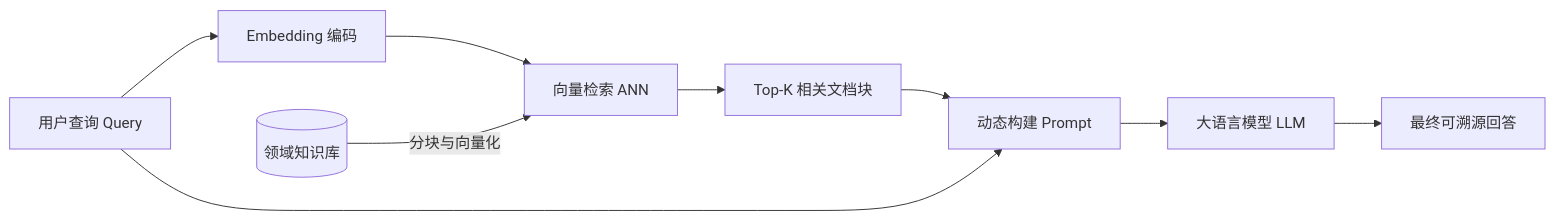
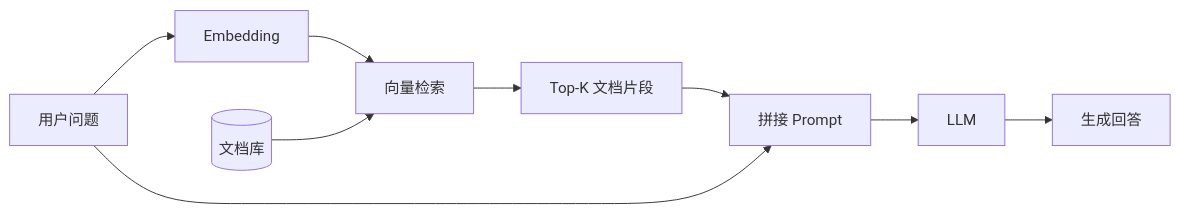
Before and after one commit to yingwang/llm-tutorial: the diagram in chapters/08-embedding-rag.md, drawn with Mermaid. The commit also changed other lines of this file and 14 other files, not shown here.

````diff
--- a/chapters/08-embedding-rag.md
+++ b/chapters/08-embedding-rag.md
@@ -151,12 +155,12 @@
 ```mermaid
 graph LR
-    Q[用户查询 Query] --> E[Embedding 编码]
-    E --> R[向量检索 ANN]
-    R --> C[Top-K 相关文档块]
-    C --> P[动态构建 Prompt]
+    Q[用户问题] --> E[Embedding]
+    E --> R[向量检索]
+    R --> C[Top-K 文档片段]
+    C --> P[拼接 Prompt]
     Q --> P
-    P --> L[大语言模型 LLM]
-    L --> A[最终可溯源回答]
+    P --> L[LLM]
+    L --> A[生成回答]
 
-    D[(领域知识库)] -->|分块与向量化| R
+    D[(文档库)] --> R
 ```
````
